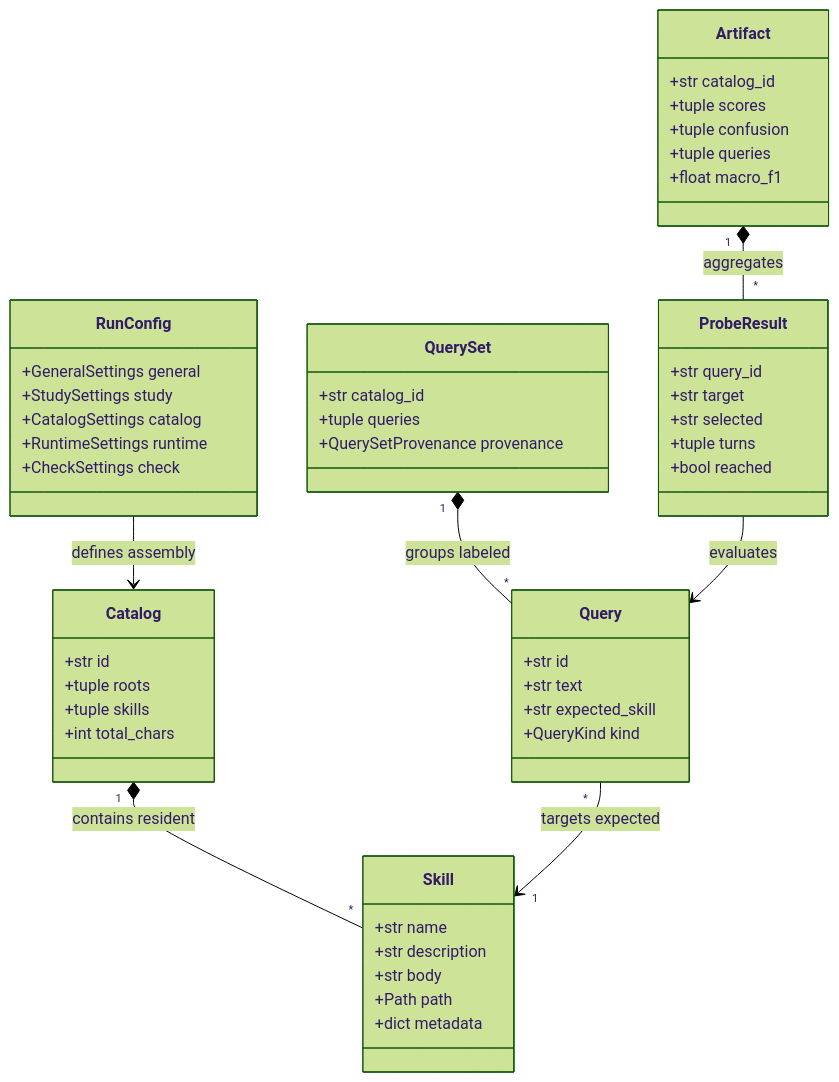
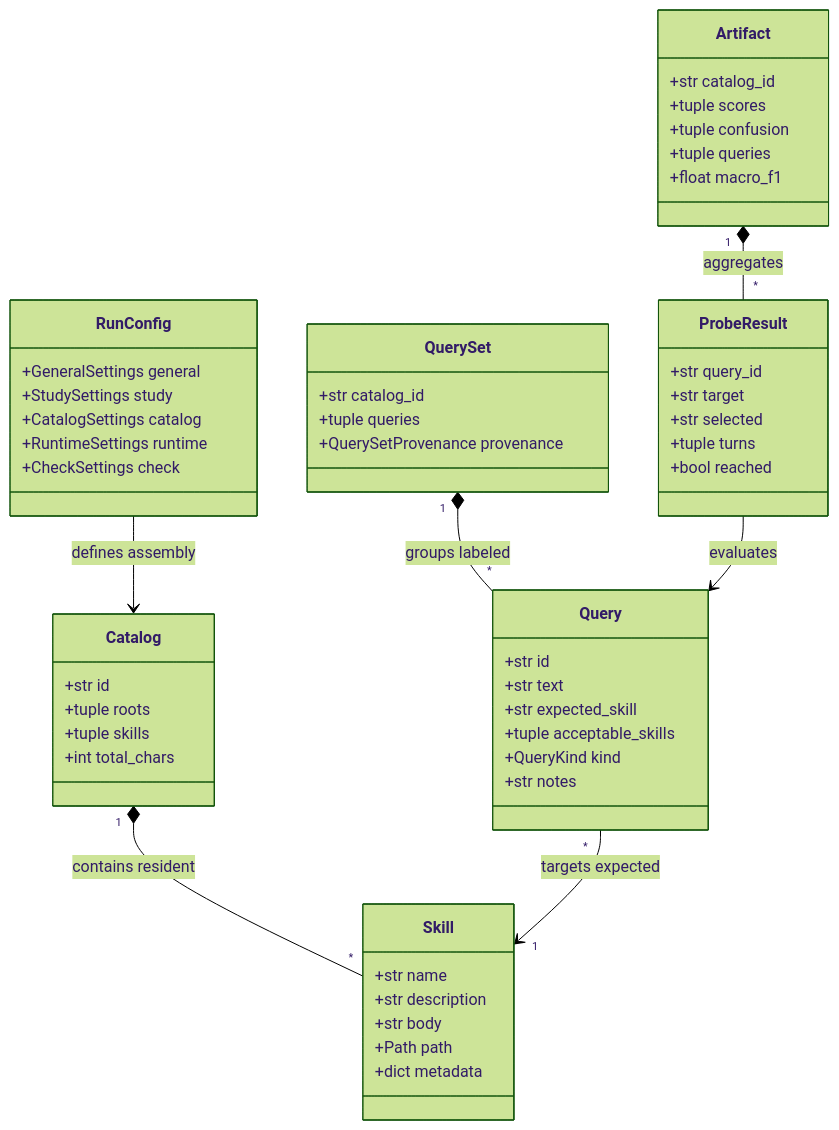
Before and after one commit to arunimshukla/skill-reach: the diagram in docs/concepts/how-it-works.md, drawn with Mermaid (forest theme). The commit also changed other lines of this file and 2 other files, not shown here.

Commit message:
docs: document acceptable_skills and trajectory metrics

````diff
--- a/docs/concepts/how-it-works.md
+++ b/docs/concepts/how-it-works.md
@@ -11,55 +11,57 @@
 ```mermaid
 classDiagram
     class Skill {
         +str name
         +str description
         +str body
         +Path path
         +dict metadata
     }
     class Catalog {
         +str id
         +tuple roots
         +tuple skills
         +int total_chars
     }
     class Query {
         +str id
         +str text
         +str expected_skill
+        +tuple acceptable_skills
         +QueryKind kind
+        +str notes
     }
     class QuerySet {
         +str catalog_id
         +tuple queries
         +QuerySetProvenance provenance
     }
     class RunConfig {
         +GeneralSettings general
         +StudySettings study
         +CatalogSettings catalog
         +RuntimeSettings runtime
         +CheckSettings check
     }
     class ProbeResult {
         +str query_id
         +str target
         +str selected
         +tuple turns
         +bool reached
     }
     class Artifact {
         +str catalog_id
         +tuple scores
         +tuple confusion
         +tuple queries
         +float macro_f1
     }
 
     Catalog "1" *-- "*" Skill : contains resident
     QuerySet "1" *-- "*" Query : groups labeled
     Query "*" --> "1" Skill : targets expected
     RunConfig --> Catalog : defines assembly
     ProbeResult --> Query : evaluates
     Artifact "1" *-- "*" ProbeResult : aggregates
 ```
````
